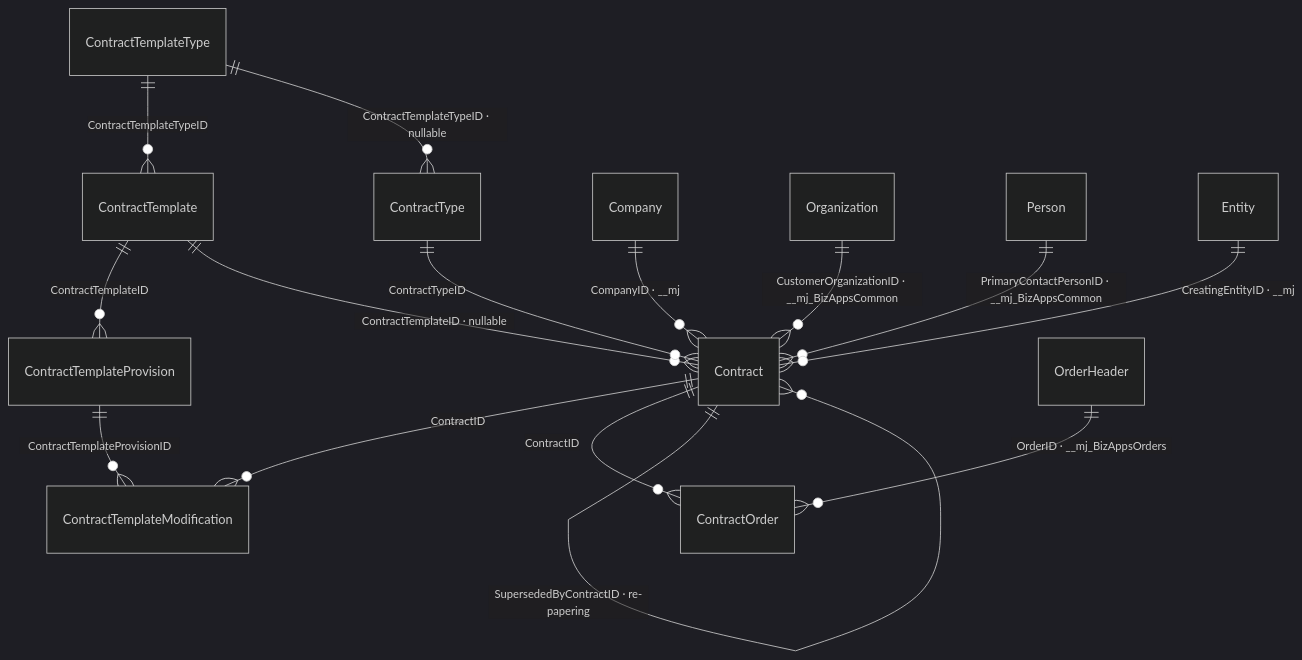
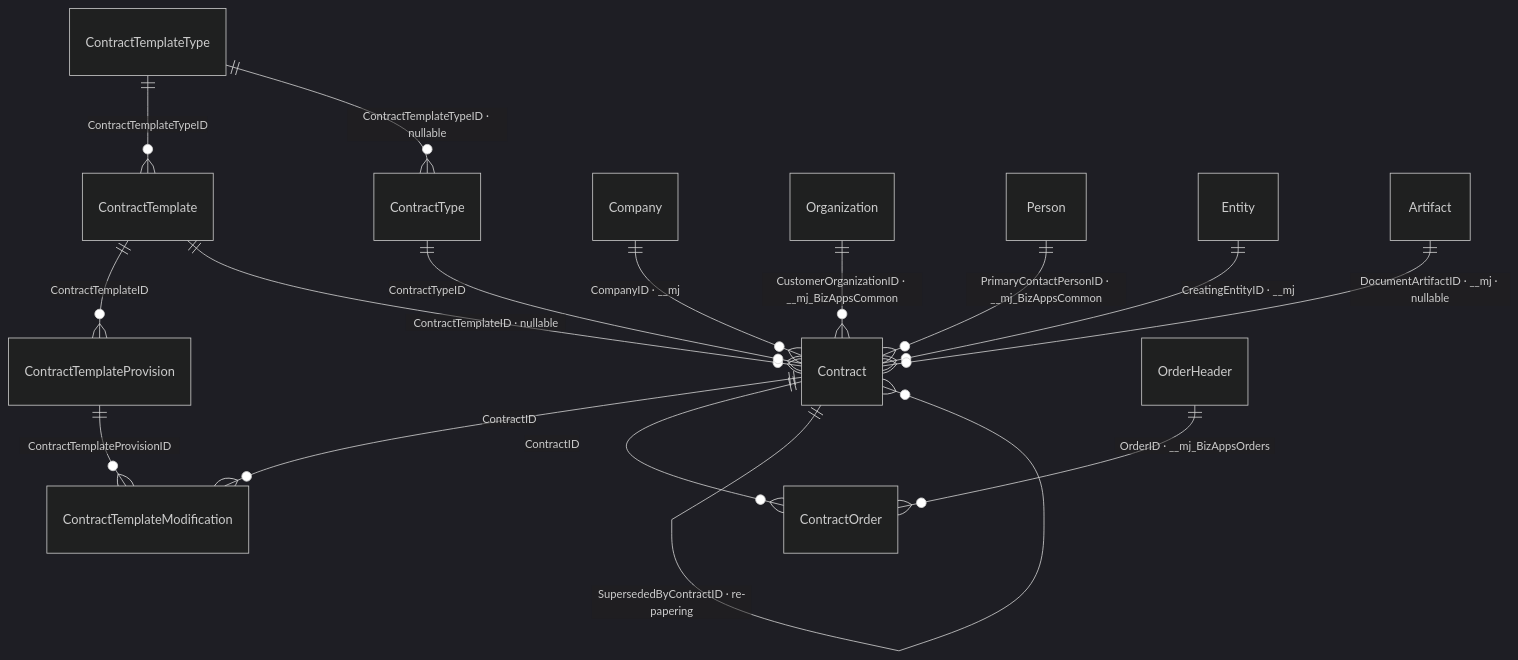
The second of 2 diagrams in docs/ERD.md (MemberJunction/bizapps-contracts), drawn with Mermaid (dark theme) before and after one commit. The commit also changed other lines of this file and 4 other files, not shown here.

Commit message:
feat(contracts-schema): add nullable Contract.DocumentArtifactID migration and split-bake v1 PG counterpart

````diff
--- a/docs/ERD.md
+++ b/docs/ERD.md
@@ -130,19 +131,20 @@
 ```mermaid
 erDiagram
     ContractTemplateType ||--o{ ContractTemplate : "ContractTemplateTypeID"
     ContractTemplateType ||--o{ ContractType : "ContractTemplateTypeID · nullable"
     ContractTemplate ||--o{ ContractTemplateProvision : "ContractTemplateID"
     ContractTemplate ||--o{ Contract : "ContractTemplateID · nullable"
     ContractType ||--o{ Contract : "ContractTypeID"
     Contract ||--o{ ContractTemplateModification : "ContractID"
     Contract ||--o{ ContractOrder : "ContractID"
     ContractTemplateProvision ||--o{ ContractTemplateModification : "ContractTemplateProvisionID"
     Contract ||--o{ Contract : "ParentContractID · change orders"
     Contract ||--o{ Contract : "SupersededByContractID · re-papering"
 
     Company ||--o{ Contract : "CompanyID · __mj"
     Organization ||--o{ Contract : "CustomerOrganizationID · __mj_BizAppsCommon"
     Person ||--o{ Contract : "PrimaryContactPersonID · __mj_BizAppsCommon"
     Entity ||--o{ Contract : "CreatingEntityID · __mj"
+    Artifact ||--o{ Contract : "DocumentArtifactID · __mj · nullable"
     OrderHeader ||--o{ ContractOrder : "OrderID · __mj_BizAppsOrders"
 ```
````
